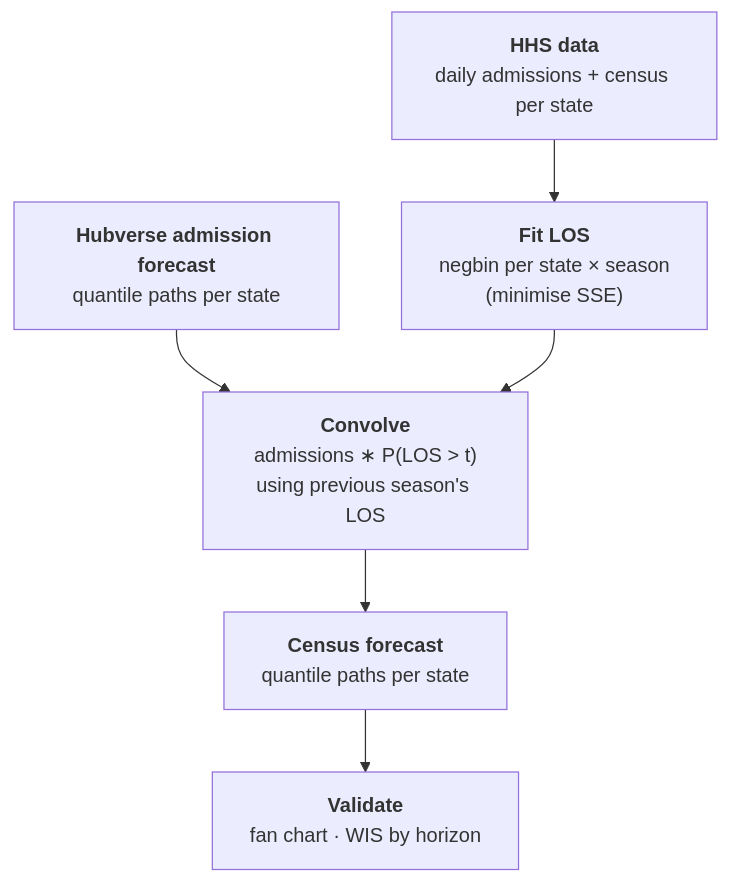
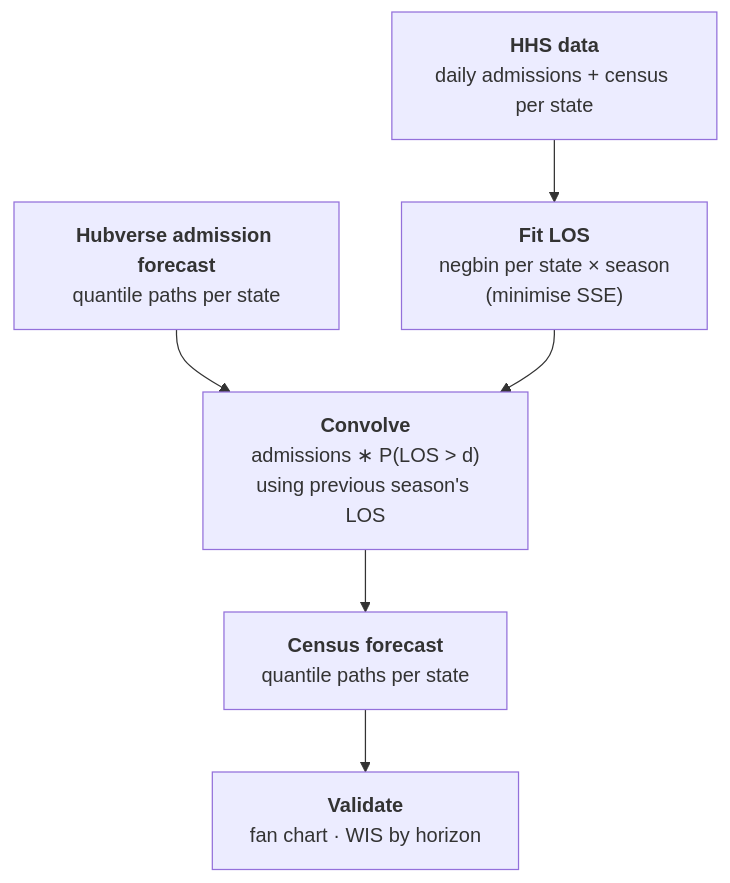
One commit to HopkinsIDD/ForecastHospBurden changed the diagram in README.md. Above: the diagram before and after it, drawn with Mermaid. The commit also changed other lines of this file and 7 other files, not shown here.

````diff
--- a/README.md
+++ b/README.md
@@ -23,8 +17,8 @@
 ```mermaid
 flowchart TD
     A["<b>HHS data</b><br/>daily admissions + census per state"] --> B["<b>Fit LOS</b><br/>negbin per state × season<br/>(minimise SSE)"]
-    C["<b>Hubverse admission forecast</b><br/>quantile paths per state"] --> D["<b>Convolve</b><br/>admissions ∗ P(LOS > t)<br/>using previous season's LOS"]
+    C["<b>Hubverse admission forecast</b><br/>quantile paths per state"] --> D["<b>Convolve</b><br/>admissions ∗ P(LOS > d)<br/>using previous season's LOS"]
     B --> D
     D --> E["<b>Census forecast</b><br/>quantile paths per state"]
     E --> F["<b>Validate</b><br/>fan chart · WIS by horizon"]
 ```
````
